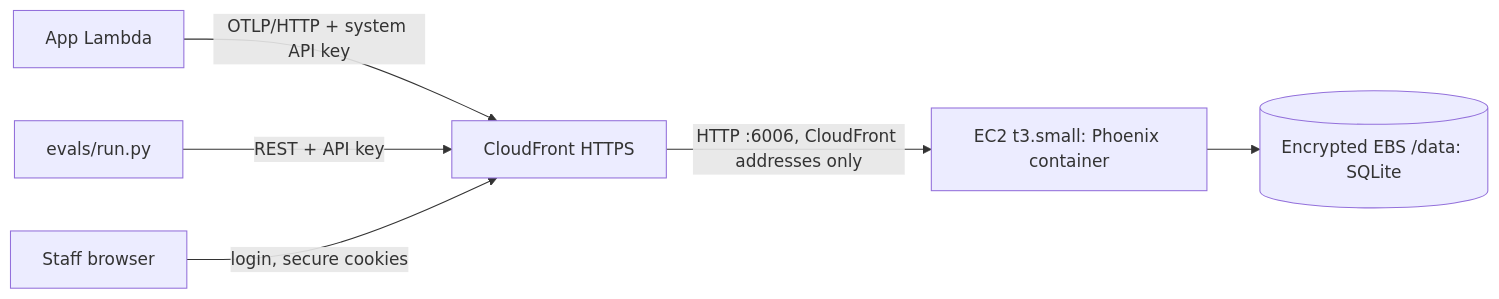
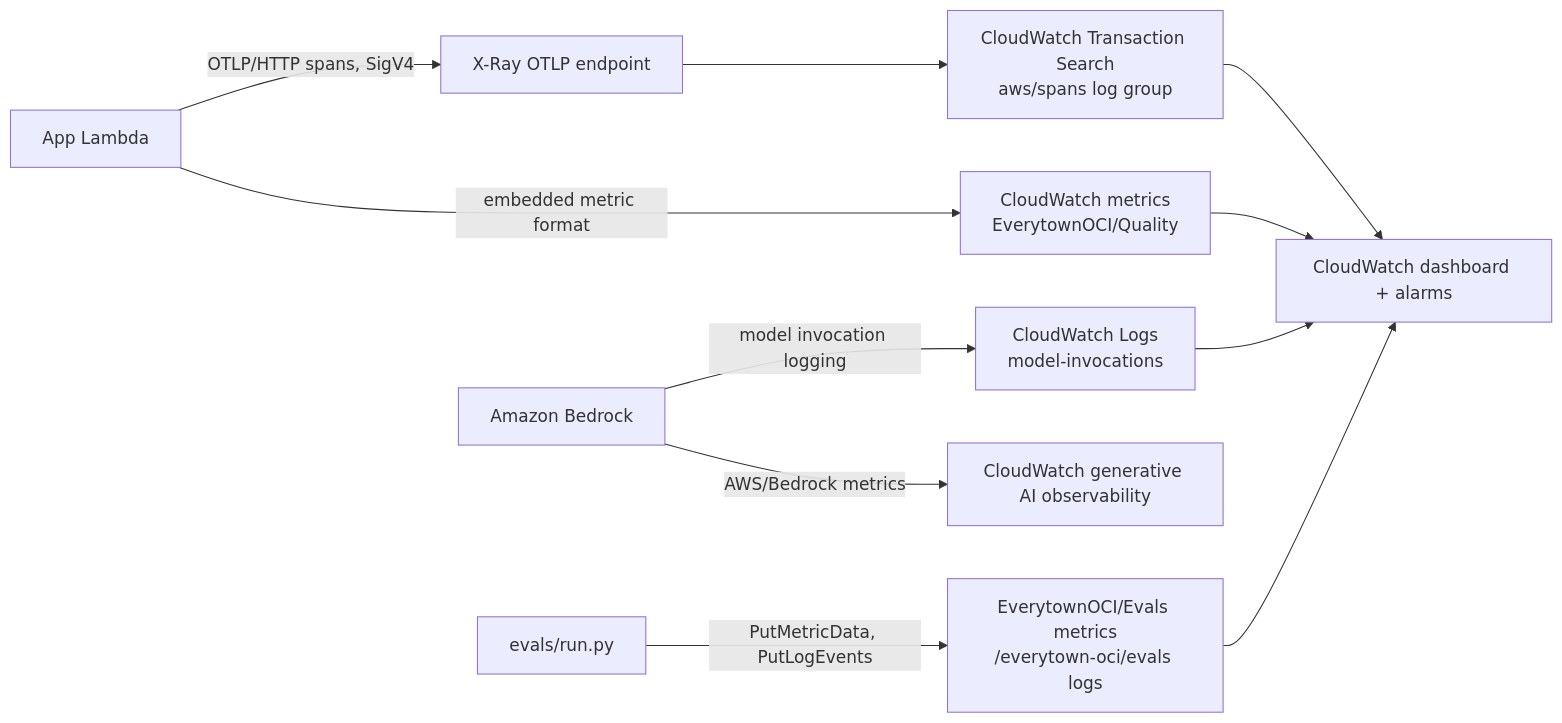
Before and after one commit to ArielleTolome/everytown-oci: the second of 2 diagrams in README.md, drawn with Mermaid. The commit also changed other lines of this file and 31 other files, not shown here.

Commit message:
v1.4.0: AI observability on Amazon CloudWatch (X-Ray Transaction Search traces, Bedrock invocation logging, quality and eval metrics, dashboard, alarms); Phoenix server removed

````diff
--- a/README.md
+++ b/README.md
@@ -264,8 +263,10 @@
 ```mermaid
 flowchart LR
-  L[App Lambda] -- OTLP/HTTP + system API key --> CF[CloudFront HTTPS]
-  E[evals/run.py] -- REST + API key --> CF
-  S[Staff browser] -- login, secure cookies --> CF
-  CF -- HTTP :6006, CloudFront addresses only --> P[EC2 t3.small: Phoenix container]
-  P --> V[(Encrypted EBS /data: SQLite)]
+  L[App Lambda] -- OTLP/HTTP spans, SigV4 --> X[X-Ray OTLP endpoint]
+  X --> TS[CloudWatch Transaction Search<br/>aws/spans log group]
+  L -- embedded metric format --> Q[CloudWatch metrics<br/>EverytownOCI/Quality]
+  B[Amazon Bedrock] -- model invocation logging --> BL[CloudWatch Logs<br/>model-invocations]
+  B -- AWS/Bedrock metrics --> GA[CloudWatch generative AI observability]
+  E[evals/run.py] -- PutMetricData, PutLogEvents --> EV[EverytownOCI/Evals metrics<br/>/everytown-oci/evals logs]
+  TS & Q & BL & EV --> D[CloudWatch dashboard + alarms]
 ```
````
